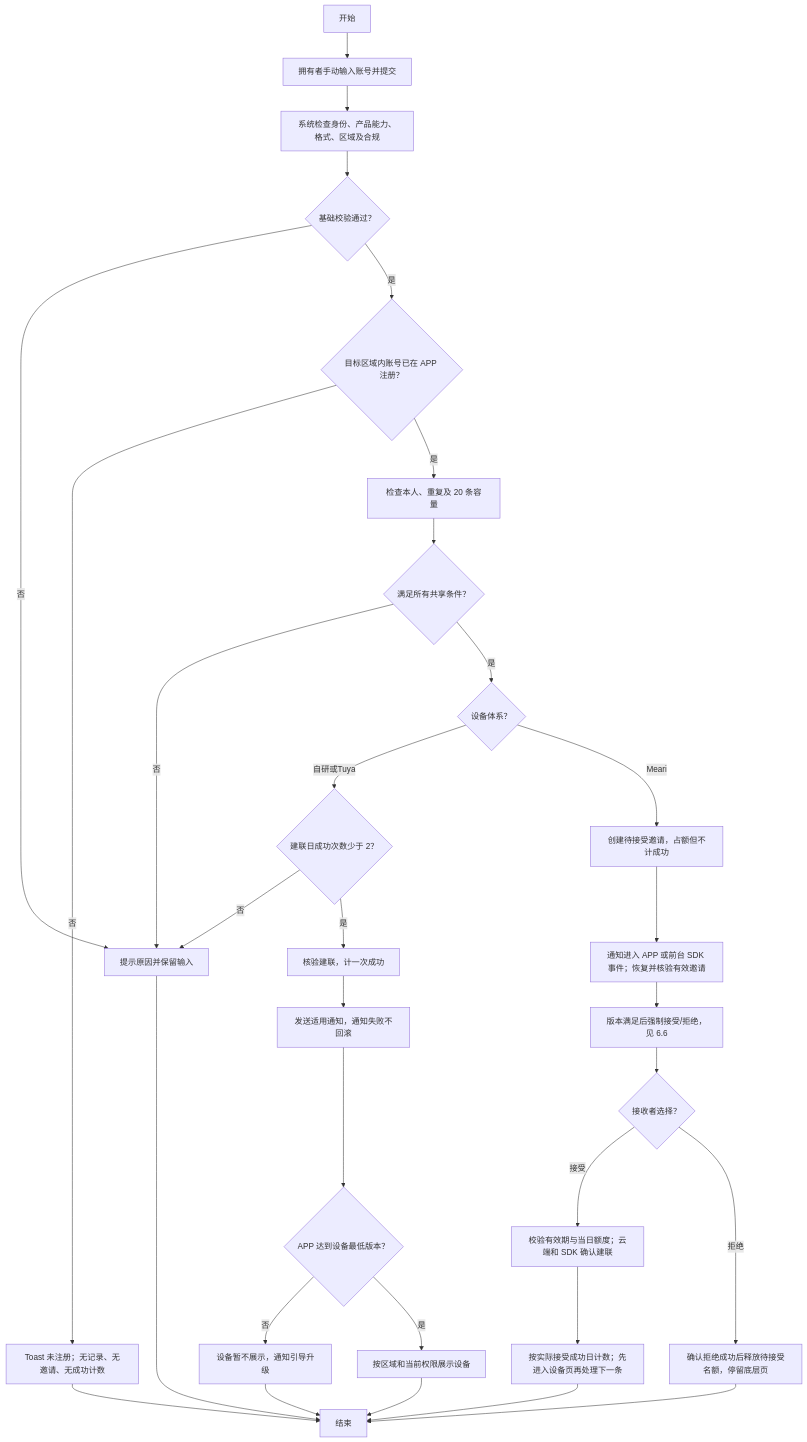
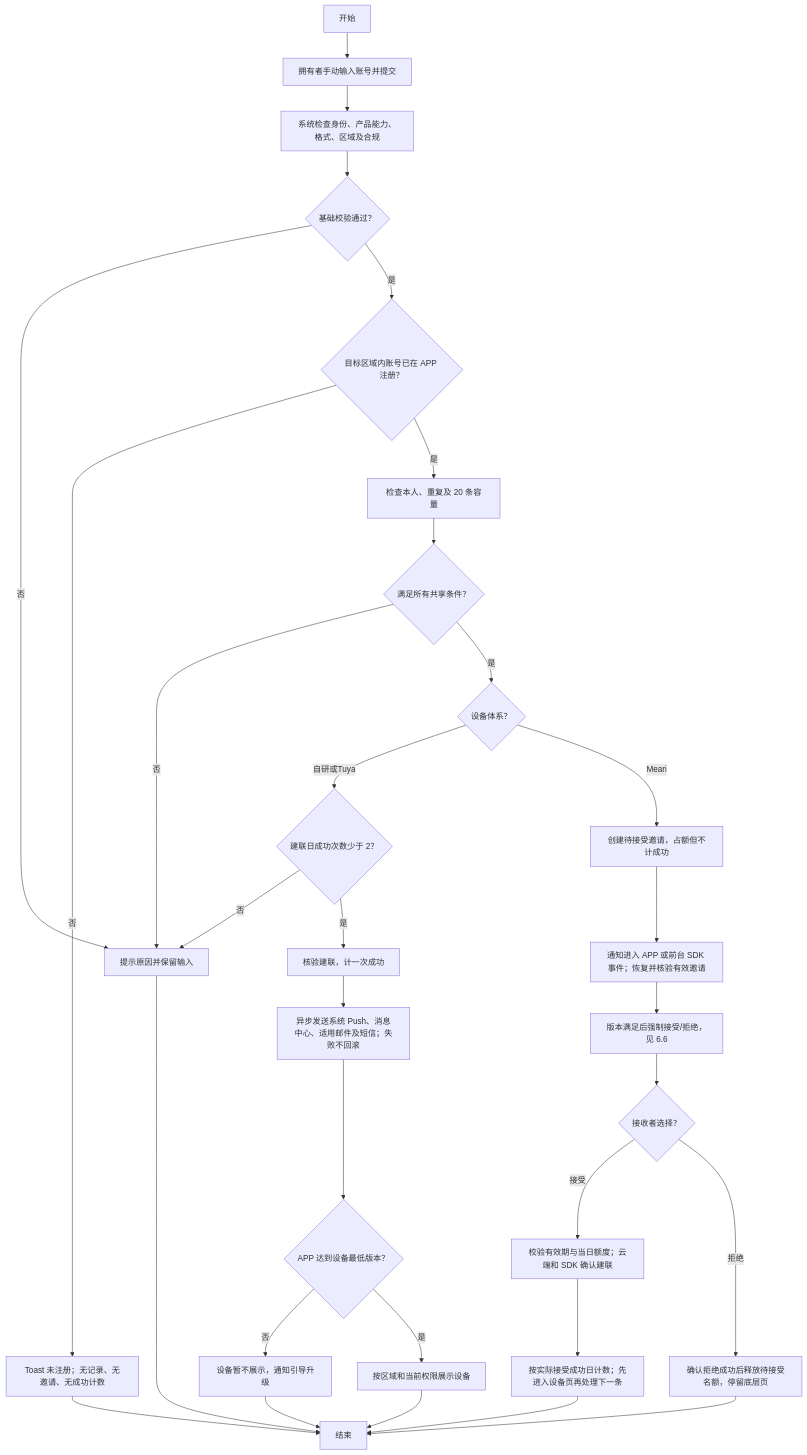
Before and after one commit to HawZZ/root-interactivable-prototype: the second of 2 diagrams in prototypes/device-sharing-phase-2/prd.md, drawn with Mermaid. The commit also changed other lines of this file and 3 other files, not shown here.

````diff
--- a/prototypes/device-sharing-phase-2/prd.md
+++ b/prototypes/device-sharing-phase-2/prd.md
@@ -110,33 +114,33 @@
 ```mermaid
 flowchart TD
   A["开始"] --> B["拥有者手动输入账号并提交"]
   B --> C["系统检查身份、产品能力、格式、区域及合规"]
   C --> D{"基础校验通过？"}
   D -- 否 --> X["提示原因并保留输入"]
   D -- 是 --> E{"目标区域内账号已在 APP 注册？"}
   E -- 否 --> F["Toast 未注册；无记录、无邀请、无成功计数"]
   E -- 是 --> G["检查本人、重复及 20 条容量"]
   G --> H{"满足所有共享条件？"}
   H -- 否 --> X
   H -- 是 --> V{"设备体系？"}
   V -- 自研或Tuya --> DQ{"建联日成功次数少于 2？"}
   DQ -- 否 --> X
   DQ -- 是 --> I["核验建联，计一次成功"]
   V -- Meari --> P["创建待接受邀请，占额但不计成功"]
   P --> Q["通知进入 APP 或前台 SDK 事件；恢复并核验有效邀请"]
   Q --> R["版本满足后强制接受/拒绝，见 6.6"]
   R --> T{"接收者选择？"}
   T -- 接受 --> U["校验有效期与当日额度；云端和 SDK 确认建联"]
   U --> N["按实际接受成功日计数；先进入设备页再处理下一条"]
   N --> Z
   T -- 拒绝 --> W["确认拒绝成功后释放待接受名额，停留底层页"]
   W --> Z
-  I --> J["发送适用通知，通知失败不回滚"]
+  I --> J["异步发送系统 Push、消息中心、适用邮件及短信；失败不回滚"]
   J --> K{"APP 达到设备最低版本？"}
   K -- 否 --> L["设备暂不展示，通知引导升级"]
   K -- 是 --> M["按区域和当前权限展示设备"]
   L --> Z["结束"]
   M --> Z
   X --> Z
   F --> Z
 ```
````
